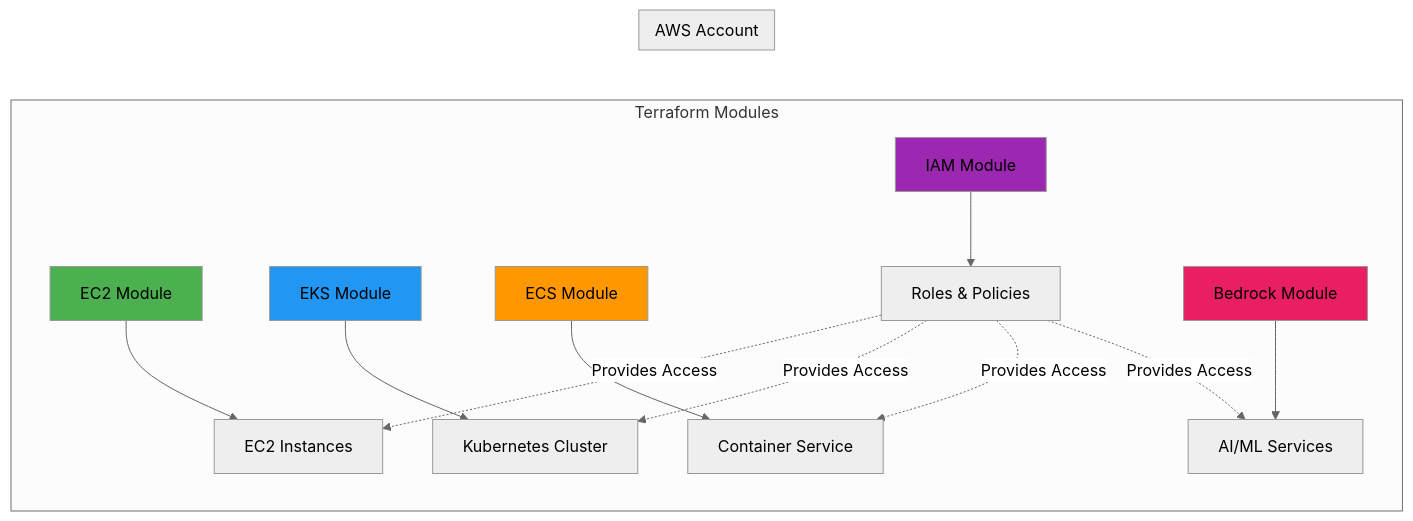
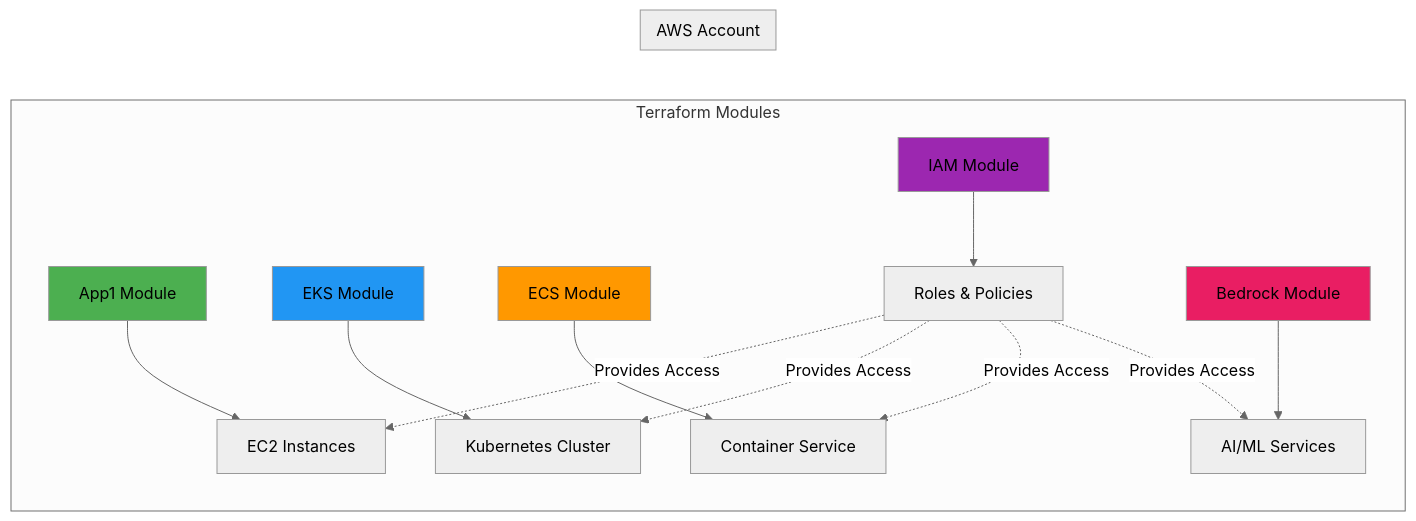
Before and after one commit to vegatros/repo1: the ninth of 15 diagrams in DIAGRAMS.md, drawn with Mermaid (neutral theme). The commit also changed other lines of this file and 10 other files, not shown here.

````diff
--- a/DIAGRAMS.md
+++ b/DIAGRAMS.md
@@ -290,29 +294,29 @@
 ```mermaid
 graph LR
     subgraph Terraform Modules
-        A[EC2 Module] --> AWS1[EC2 Instances]
+        A[App1 Module] --> AWS1[EC2 Instances]
         B[EKS Module] --> AWS2[Kubernetes Cluster]
         C[ECS Module] --> AWS3[Container Service]
         D[IAM Module] --> AWS4[Roles & Policies]
         E[Bedrock Module] --> AWS5[AI/ML Services]
     end
     
     subgraph AWS Account
         AWS1
         AWS2
         AWS3
         AWS4
         AWS5
     end
     
     AWS4 -.->|Provides Access| AWS1
     AWS4 -.->|Provides Access| AWS2
     AWS4 -.->|Provides Access| AWS3
     AWS4 -.->|Provides Access| AWS5
     
     style A fill:#4caf50
     style B fill:#2196f3
     style C fill:#ff9800
     style D fill:#9c27b0
     style E fill:#e91e63
 ```
````
